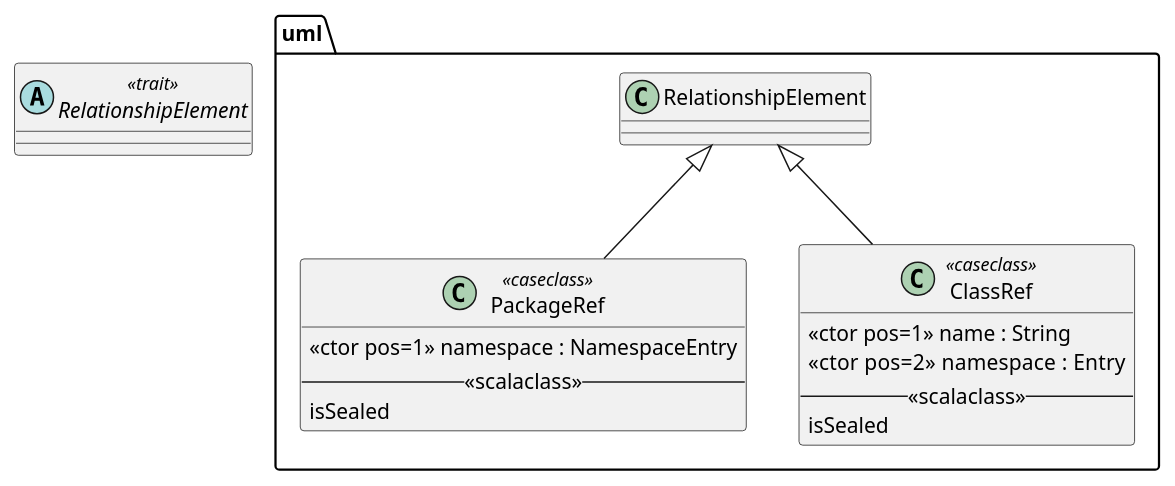
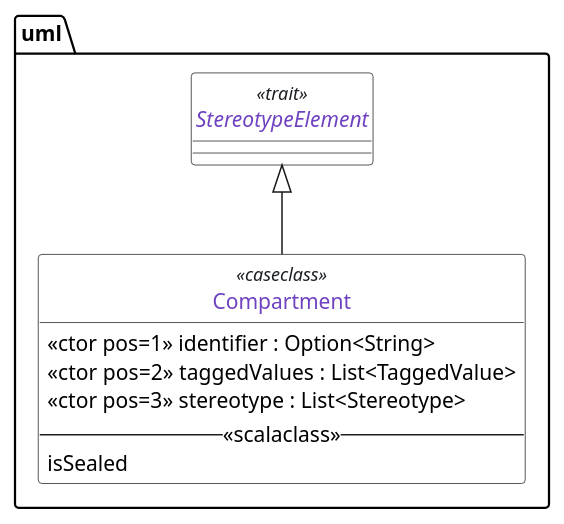
One commit to tizuck/scala-uml-diagrams changed the diagram in examples/ast/Compartment.puml. Above: the diagram before and after it, drawn with PlantUML. The commit also changed 16 other files, not shown here.

Commit message:
further diagrams

```diff
--- a/examples/ast/Compartment.puml
+++ b/examples/ast/Compartment.puml
@@ -1,16 +1,36 @@
-abstract class RelationshipElement <<trait>>
 
-class uml.PackageRef << caseclass >>{
-        <<ctor pos=1>> namespace : NamespaceEntry
-    -- <<scalaclass>> --
-        isSealed
-    }
-    class uml.ClassRef << caseclass >>{
-        <<ctor pos=1>> name : String
-        <<ctor pos=2>>  namespace : Entry 
+abstract class uml.StereotypeElement <<trait>> 
+
+class uml.Compartment << caseclass >>{
+        <<ctor pos=1>> identifier : Option<String>
+        <<ctor pos=2>> taggedValues : List<TaggedValue>
+        <<ctor pos=3>> stereotype : List<Stereotype>
     -- <<scalaclass>> --
         isSealed
     }
 
-uml.RelationshipElement <|-- uml.ClassRef 
-uml.RelationshipElement <|-- uml.PackageRef 
+uml.StereotypeElement <|-- uml.Compartment 
+
+hide circle  
+skinparam defaultFontName Source Code Pro
+
+skinparam ClassStereotypeFontColor #1b1f23
+
+skinparam class {
+    BackgroundColor White
+    BorderColor #1b1f23
+    ArrowColor #1b1f23
+    FontColor #6f42c1
+}
+
+skinparam note {
+    BackgroundColor White
+    BorderColor #1b1f23
+    ArrowColor #1b1f23
+    FontColor #d73a49
+}
+
+
+skinparam stereotype {
+    FontColor #d73a49
+}
```
